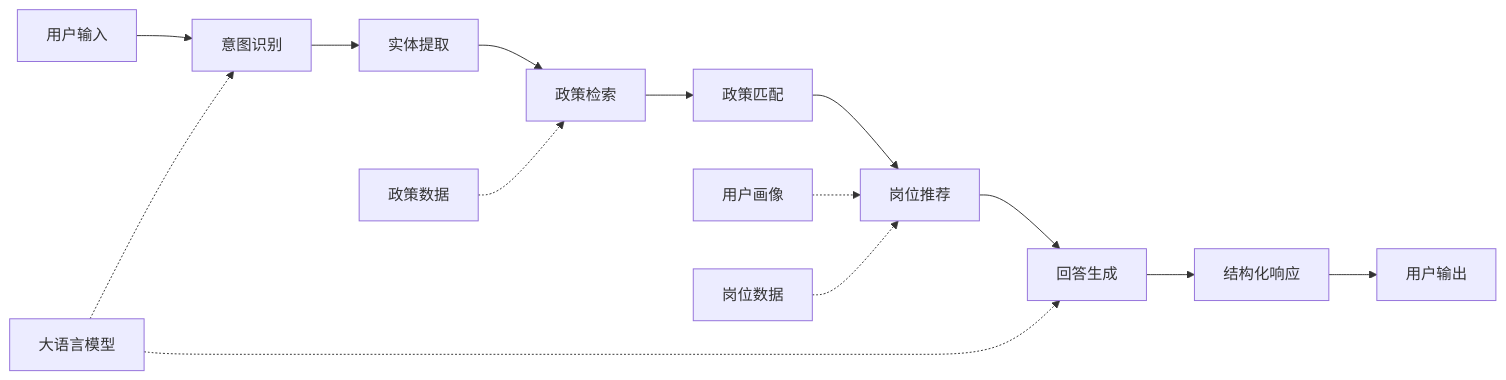
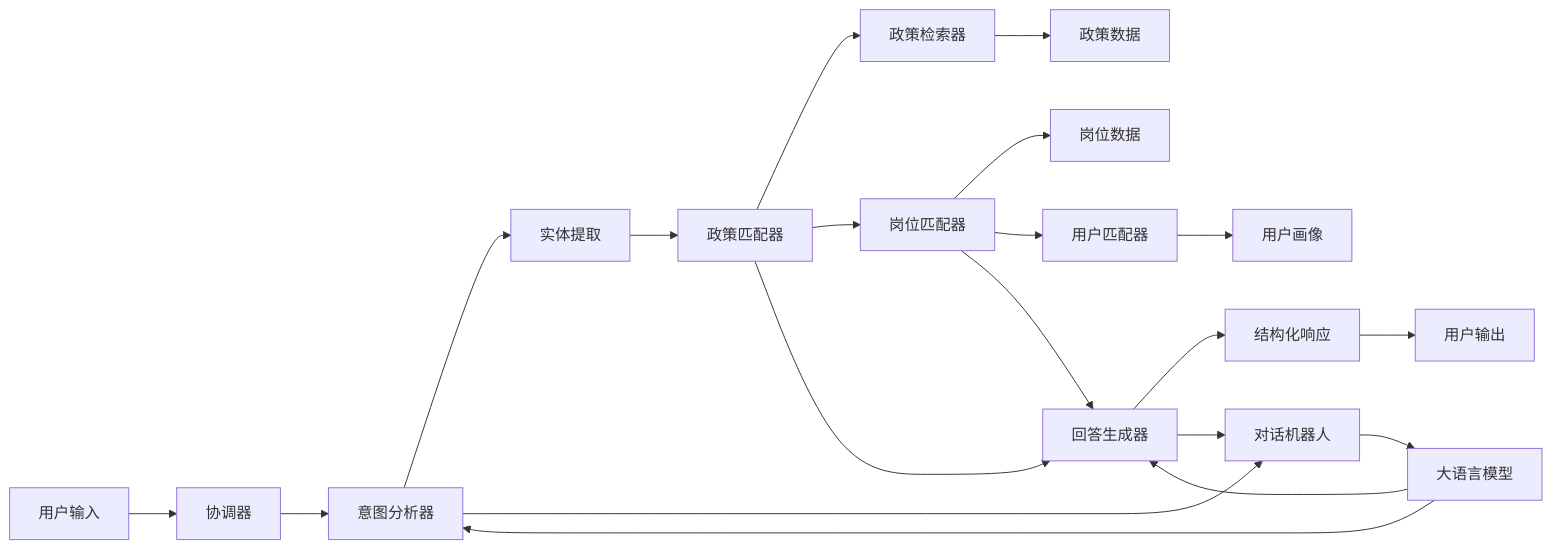
One commit to tianyong0618/policiespoc changed the third of 3 diagrams in doc/04_工程过程/03_系统设计/01_概要设计/project_architecture_plan.md. Above: the diagram before and after it, drawn with Mermaid. The commit also changed other lines of this file and 1 other file, not shown here.

````diff
--- a/doc/04_工程过程/03_系统设计/01_概要设计/project_architecture_plan.md
+++ b/doc/04_工程过程/03_系统设计/01_概要设计/project_architecture_plan.md
@@ -164,17 +217,23 @@
 ```mermaid
 graph LR
-    UserInput[用户输入] --> IntentRecognition[意图识别]
-    IntentRecognition --> EntityExtraction[实体提取]
-    EntityExtraction --> PolicyRetrieval[政策检索]
-    PolicyRetrieval --> PolicyMatching[政策匹配]
-    PolicyMatching --> JobRecommendation[岗位推荐]
-    JobRecommendation --> AnswerGeneration[回答生成]
-    AnswerGeneration --> StructuredResponse[结构化响应]
+    UserInput[用户输入] --> Orchestrator[协调器]
+    Orchestrator --> IntentAnalyzer[意图分析器]
+    IntentAnalyzer --> EntityExtraction[实体提取]
+    EntityExtraction --> PolicyMatcher[政策匹配器]
+    PolicyMatcher --> PolicyRetriever[政策检索器]
+    PolicyRetriever --> PolicyData[政策数据]
+    PolicyMatcher --> JobMatcher[岗位匹配器]
+    JobMatcher --> JobData[岗位数据]
+    JobMatcher --> UserMatcher[用户匹配器]
+    UserMatcher --> UserProfile[用户画像]
+    PolicyMatcher --> ResponseGenerator[回答生成器]
+    JobMatcher --> ResponseGenerator
+    ResponseGenerator --> StructuredResponse[结构化响应]
     StructuredResponse --> UserOutput[用户输出]
     
-    UserProfile[用户画像] -.-> JobRecommendation
-    PolicyData[政策数据] -.-> PolicyRetrieval
-    JobData[岗位数据] -.-> JobRecommendation
-    LLM[大语言模型] -.-> IntentRecognition
-    LLM -.-> AnswerGeneration
+    IntentAnalyzer --> ChatBot[对话机器人]
+    ResponseGenerator --> ChatBot
+    ChatBot --> LLM[大语言模型]
+    LLM --> IntentAnalyzer
+    LLM --> ResponseGenerator
 ```
````
